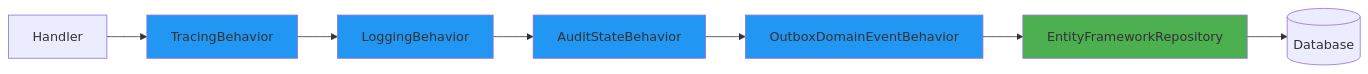
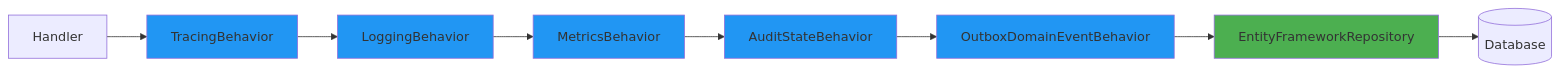
Before and after one commit to BridgingIT-GmbH/bITdevKit.Examples.GettingStarted: the seventh of 11 diagrams in README.md, drawn with Mermaid. The commit also changed other lines of this file, not shown here.

````diff
--- a/README.md
+++ b/README.md
@@ -626,15 +876,17 @@
 ```mermaid
 graph LR
     Handler[Handler] --> Tracing[TracingBehavior]
     Tracing --> Logging[LoggingBehavior]
-    Logging --> Audit[AuditStateBehavior]
+    Logging --> Metrics[MetricsBehavior]
+    Metrics --> Audit[AuditStateBehavior]
     Audit --> Outbox[OutboxDomainEventBehavior]
     Outbox --> Repo[EntityFrameworkRepository]
     Repo --> DB[(Database)]
 
     style Tracing fill:#2196F3
     style Logging fill:#2196F3
+    style Metrics fill:#2196F3
     style Audit fill:#2196F3
     style Outbox fill:#2196F3
     style Repo fill:#4CAF50
 ```
````
